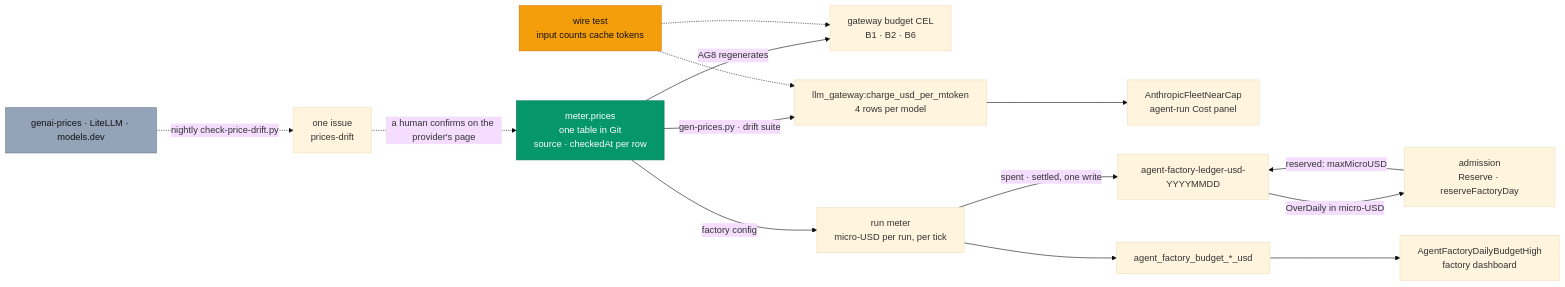
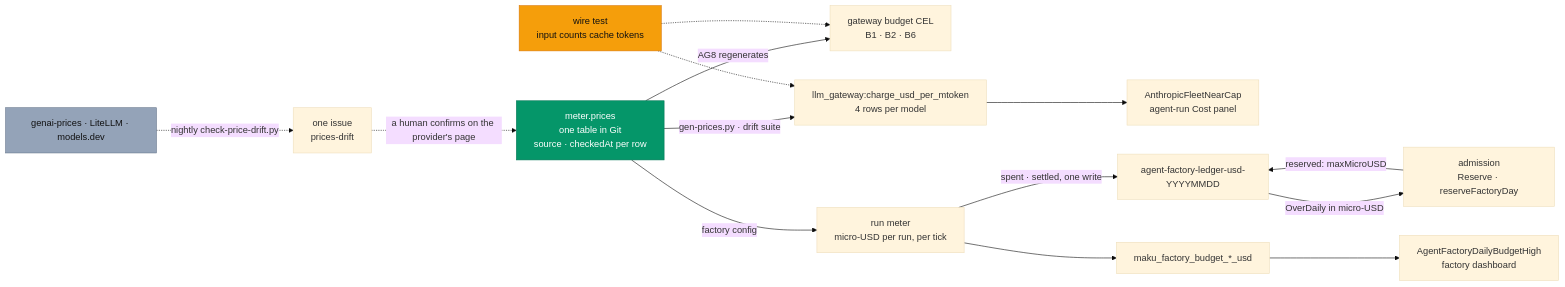
One commit to Smana/ai-native-ref changed the diagram in docs/superpowers/specs/2026-10-22-truthful-costs-design.md. Above: the diagram before and after it, drawn with Mermaid (base theme). The commit also changed 20 other files, not shown here.

````diff
--- a/docs/superpowers/specs/2026-10-22-truthful-costs-design.md
+++ b/docs/superpowers/specs/2026-10-22-truthful-costs-design.md
@@ -74,19 +74,19 @@
 ```mermaid
 flowchart LR
   T["meter.prices<br/>one table in Git<br/>source · checkedAt per row"]:::src
   T -->|"AG8 regenerates"| CEL["gateway budget CEL<br/>B1 · B2 · B6"]
   T -->|"gen-prices.py · drift suite"| V["llm_gateway:charge_usd_per_mtoken<br/>4 rows per model"]
   T -->|"factory config"| M["run meter<br/>micro-USD per run, per tick"]
   V --> PQ["AnthropicFleetNearCap<br/>agent-run Cost panel"]
   M -->|"spent · settled, one write"| L["agent-factory-ledger-usd-YYYYMMDD"]
   A["admission<br/>Reserve · reserveFactoryDay"] -->|"reserved: maxMicroUSD"| L
   L -->|"OverDaily in micro-USD"| A
-  M --> G["agent_factory_budget_*_usd"] --> AL["AgentFactoryDailyBudgetHigh<br/>factory dashboard"]
+  M --> G["maku_factory_budget_*_usd"] --> AL["AgentFactoryDailyBudgetHigh<br/>factory dashboard"]
   U["genai-prices · LiteLLM · models.dev"]:::ext -.->|"nightly check-price-drift.py"| I["one issue<br/>prices-drift"]
   I -.->|"a human confirms on the provider's page"| T
   W["wire test<br/>input counts cache tokens"]:::guard -.-> V
   W -.-> CEL
   classDef src fill:#059669,stroke:#047857,color:#fff
   classDef ext fill:#94a3b8,stroke:#64748b,color:#111
   classDef guard fill:#f59e0b,stroke:#d97706,color:#111
 ```
````
